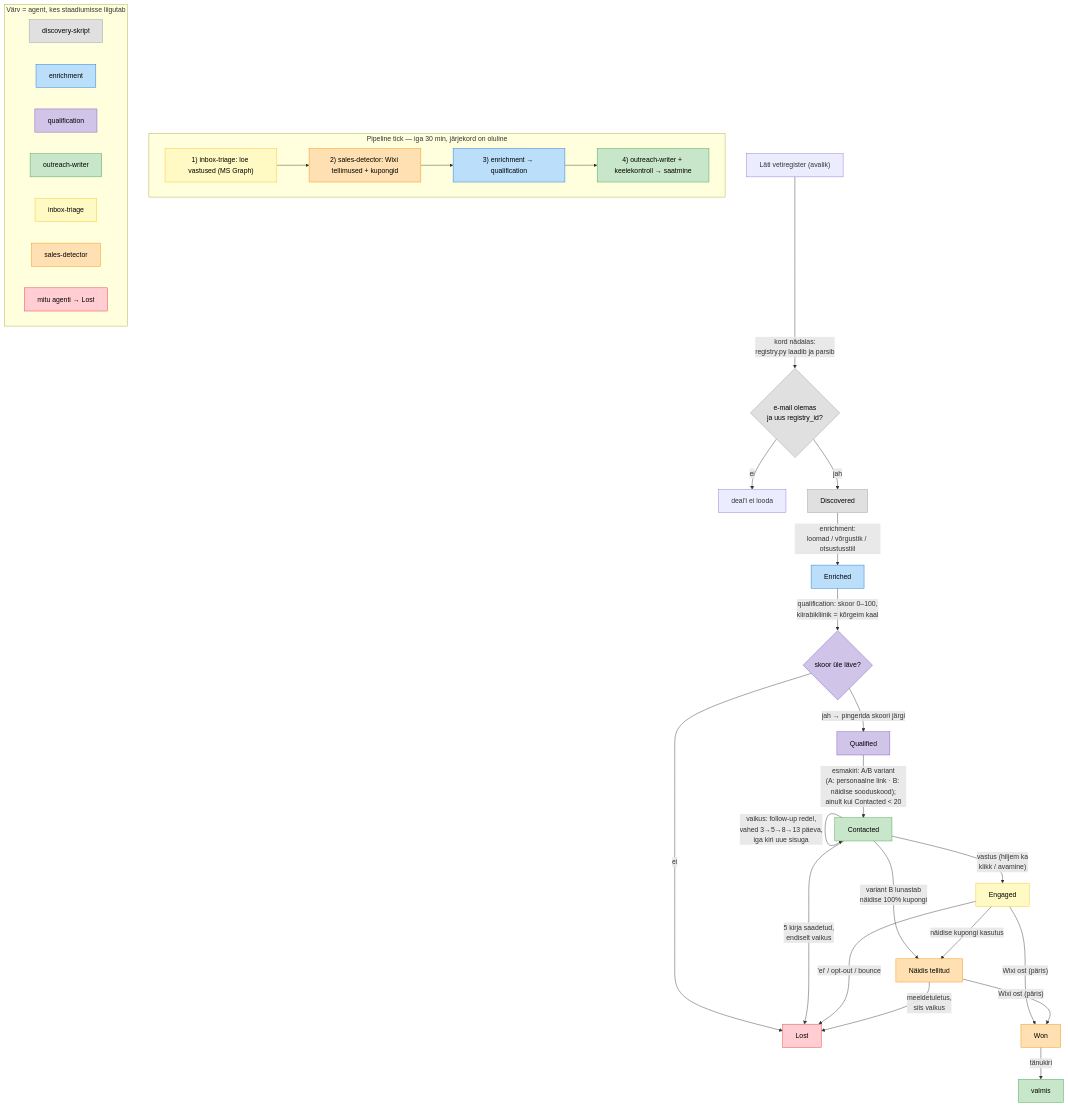
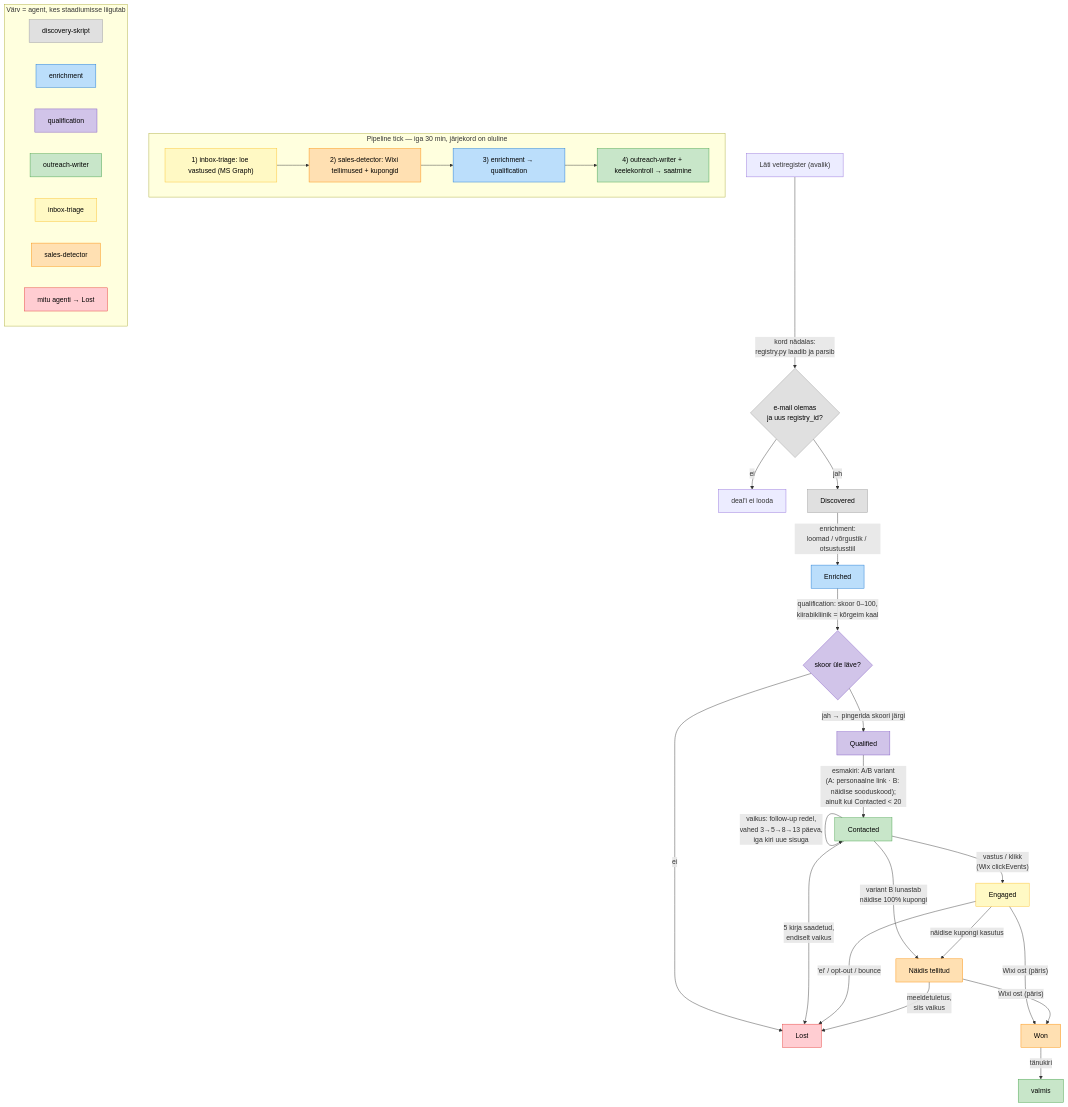
One commit to nanordica/-Nanordica-veterinary-sales-agent changed the diagram in docs/ravimus-lead-pipeline-design.md. Above: the diagram before and after it, drawn with Mermaid. The commit also changed other lines of this file and 10 other files, not shown here.

````diff
--- a/docs/ravimus-lead-pipeline-design.md
+++ b/docs/ravimus-lead-pipeline-design.md
@@ -29,63 +29,63 @@
 ```mermaid
 flowchart TD
     REG["Läti vetiregister (avalik)"] -->|"kord nädalas:<br/>registry.py laadib ja parsib"| FILTER{"e-mail olemas<br/>ja uus registry_id?"}
     FILTER -->|ei| SKIP["deal'i ei looda"]
     FILTER -->|jah| D["Discovered"]
 
     D -->|"enrichment:<br/>loomad / võrgustik / otsustusstiil"| E["Enriched"]
     E -->|"qualification: skoor 0–100,<br/>kiirabikliinik = kõrgeim kaal"| Q{"skoor üle läve?"}
     Q -->|"jah → pingerida skoori järgi"| QF["Qualified"]
     Q -->|ei| L["Lost"]
 
     QF -->|"esmakiri: A/B variant<br/>(A: personaalne link · B: näidise sooduskood);<br/>ainult kui Contacted &lt; 20"| C["Contacted"]
     C -->|"vaikus: follow-up redel,<br/>vahed 3→5→8→13 päeva,<br/>iga kiri uue sisuga"| C
     C -->|"5 kirja saadetud,<br/>endiselt vaikus"| L
-    C -->|"vastus (hiljem ka<br/>klikk / avamine)"| EN["Engaged"]
+    C -->|"vastus / klikk<br/>(Wix clickEvents)"| EN["Engaged"]
     C -->|"variant B lunastab<br/>näidise 100% kupongi"| S["Näidis tellitud"]
 
     EN -->|"'ei' / opt-out / bounce"| L
     EN -->|"näidise kupongi kasutus"| S
     EN -->|"Wixi ost (päris)"| W["Won"]
     S -->|"Wixi ost (päris)"| W
     S -->|"meeldetuletus,<br/>siis vaikus"| L
     W -->|tänukiri| DONE["valmis"]
 
     subgraph tick["Pipeline tick — iga 30 min, järjekord on oluline"]
         T1["1) inbox-triage: loe vastused (MS Graph)"]
         T2["2) sales-detector: Wixi tellimused + kupongid"]
         T3["3) enrichment → qualification"]
         T4["4) outreach-writer + keelekontroll → saatmine"]
         T1 --> T2 --> T3 --> T4
     end
 
     classDef discovery fill:#e0e0e0,stroke:#9e9e9e,color:#000
     classDef enrich fill:#bbdefb,stroke:#1976d2,color:#000
     classDef qualify fill:#d1c4e9,stroke:#7e57c2,color:#000
     classDef outreach fill:#c8e6c9,stroke:#43a047,color:#000
     classDef triage fill:#fff9c4,stroke:#fbc02d,color:#000
     classDef sales fill:#ffe0b2,stroke:#fb8c00,color:#000
     classDef lost fill:#ffcdd2,stroke:#e53935,color:#000
 
     class FILTER,D discovery
     class E enrich
     class Q,QF qualify
     class C,DONE outreach
     class EN triage
     class S,W sales
     class L lost
     class T1 triage
     class T2 sales
     class T3 enrich
     class T4 outreach
 
     subgraph legend["Värv = agent, kes staadiumisse liigutab"]
         direction LR
         LG1["discovery-skript"]:::discovery
         LG2["enrichment"]:::enrich
         LG3["qualification"]:::qualify
         LG4["outreach-writer"]:::outreach
         LG5["inbox-triage"]:::triage
         LG6["sales-detector"]:::sales
         LG7["mitu agenti → Lost"]:::lost
     end
 ```
````
